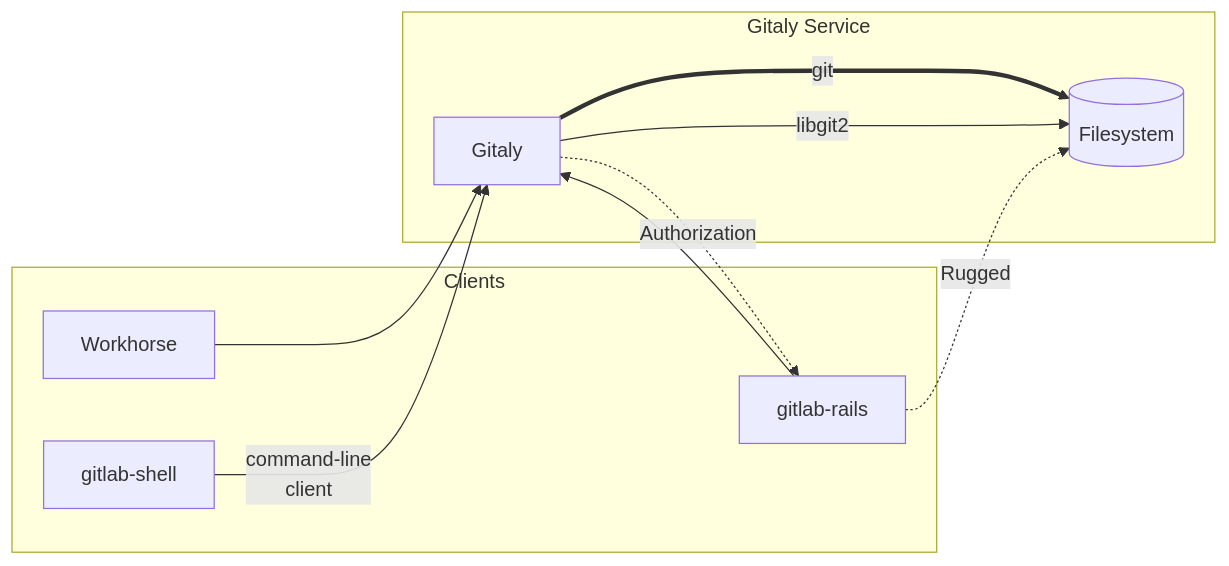
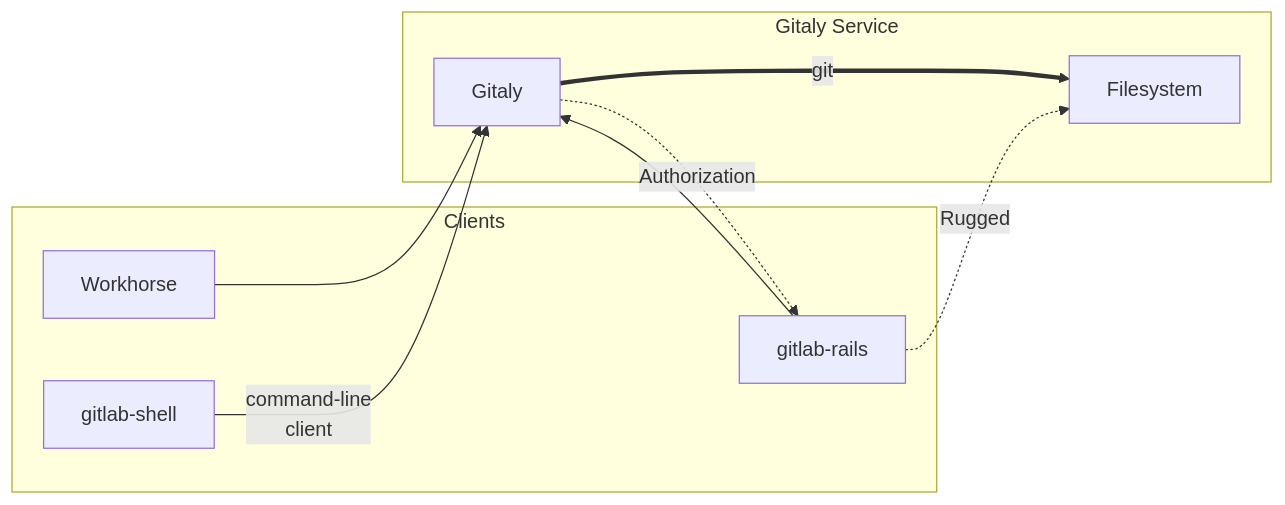
One commit to xuxiaowei-io/gitaly changed the first of 2 diagrams in README.md. Above: the diagram before and after it, drawn with Mermaid. The commit also changed other lines of this file and 6 other files, not shown here.

````diff
--- a/README.md
+++ b/README.md
@@ -53,17 +53,16 @@
 ```mermaid
 graph LR
 
   subgraph "Gitaly Service"
   Gitaly == git ==> Filesystem
-  Gitaly -- "libgit2" --> Filesystem[(Filesystem)]
   end
 
   subgraph "Clients"
     Rails[gitlab-rails] --> Gitaly
     Workhorse --> Gitaly
     Shell[gitlab-shell] -- command-line\nclient --> Gitaly
     Gitaly -. Authorization .-> Rails
   end
 
   Rails -. Rugged .-> Filesystem
 ```
````
